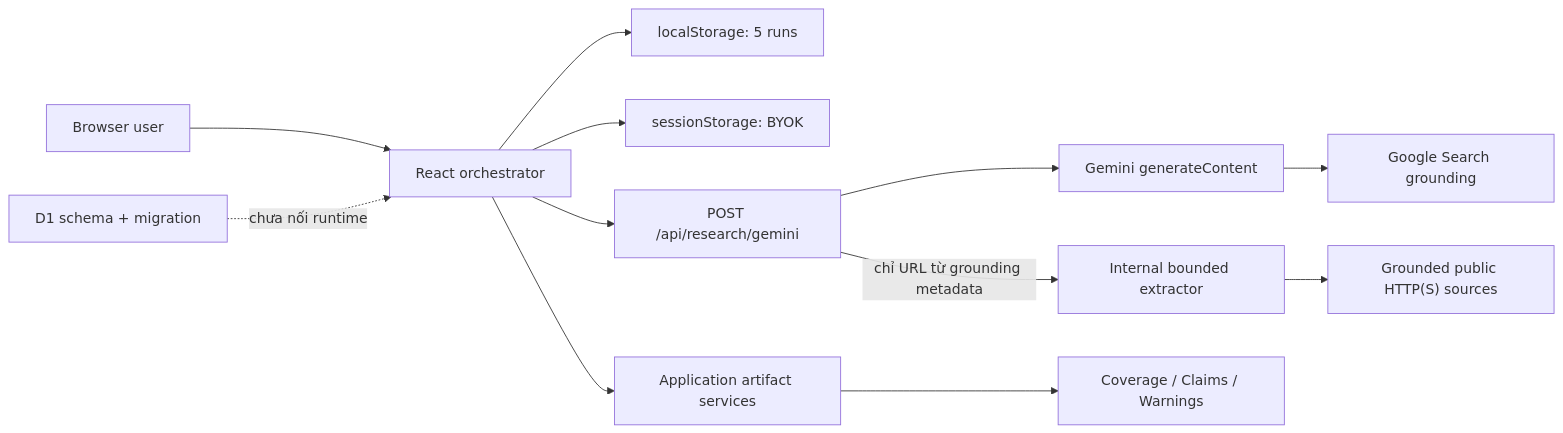
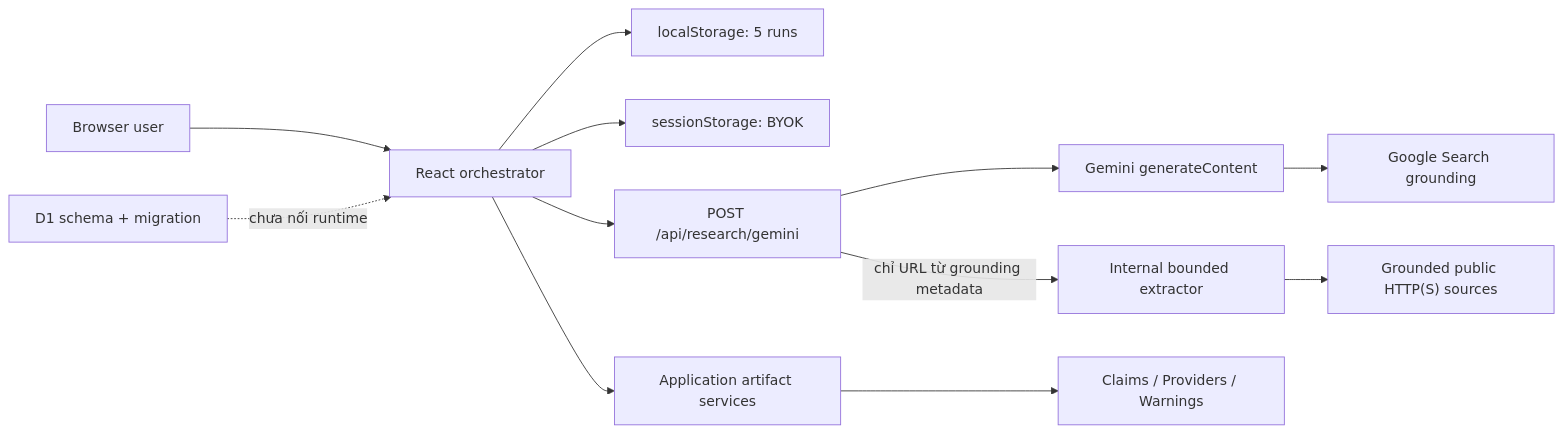
Before and after one commit to thang-lt/omni-view: the first of 2 diagrams in knowledge/system-design.md, drawn with Mermaid. The commit also changed other lines of this file and 29 other files, not shown here.

````diff
--- a/knowledge/system-design.md
+++ b/knowledge/system-design.md
@@ -5,14 +5,14 @@
 ```mermaid
 flowchart LR
     U["Browser user"] --> O["React orchestrator"]
     O --> LS["localStorage: 5 runs"]
     O --> SS["sessionStorage: BYOK"]
     O --> GW["POST /api/research/gemini"]
     GW --> G["Gemini generateContent"]
     G --> GS["Google Search grounding"]
     GW -->|"chỉ URL từ grounding metadata"| EX["Internal bounded extractor"]
     EX --> WEB["Grounded public HTTP(S) sources"]
     O --> AP["Application artifact services"]
-    AP --> UI["Coverage / Claims / Warnings"]
+    AP --> UI["Claims / Providers / Warnings"]
     D1["D1 schema + migration"] -. "chưa nối runtime" .-> O
 ```
````
